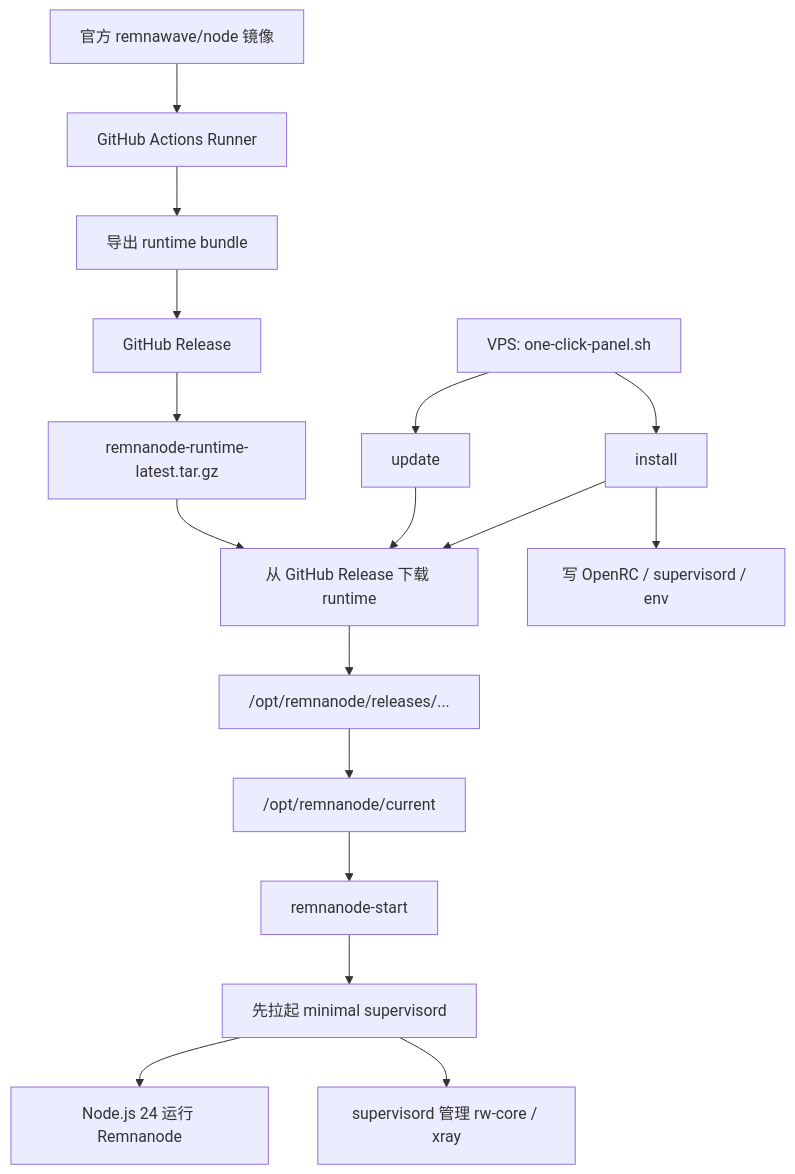
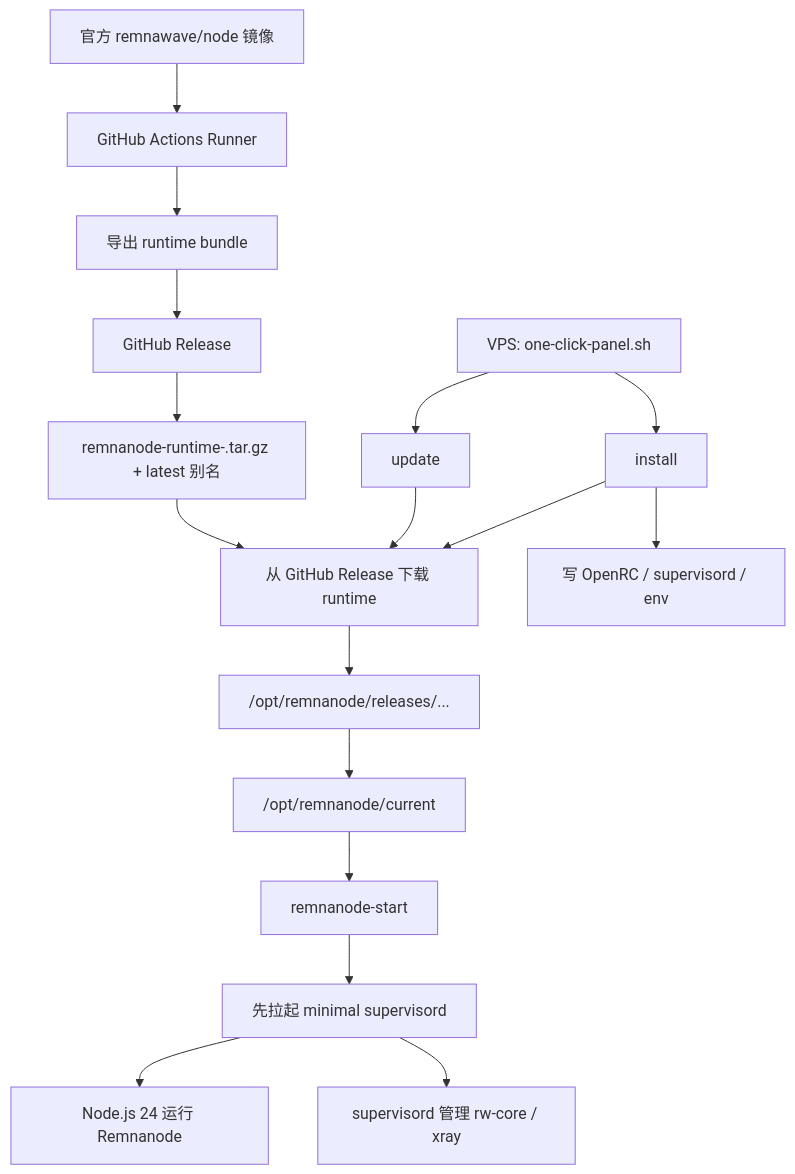
One commit to x-socks/remnanode-lite changed the diagram in README.md. Above: the diagram before and after it, drawn with Mermaid. The commit also changed other lines of this file and 9 other files, not shown here.

````diff
--- a/README.md
+++ b/README.md
@@ -7,23 +7,23 @@
 ```mermaid
 flowchart TB
     A["官方 remnawave/node 镜像"] --> B["GitHub Actions Runner"]
     B --> C["导出 runtime bundle"]
     C --> D["GitHub Release"]
-    D --> E["remnanode-runtime-latest.tar.gz"]
+    D --> E["remnanode-runtime-<version>.tar.gz + latest 别名"]
 
     F["VPS: one-click-panel.sh"] --> G["install"]
     F --> H["update"]
 
     G --> I["从 GitHub Release 下载 runtime"]
     G --> J["写 OpenRC / supervisord / env"]
 
     H --> I
 
     E --> I
     I --> K["/opt/remnanode/releases/..."]
     K --> L["/opt/remnanode/current"]
     L --> M["remnanode-start"]
     M --> N["先拉起 minimal supervisord"]
     N --> O["Node.js 24 运行 Remnanode"]
     N --> P["supervisord 管理 rw-core / xray"]
 ```
````
